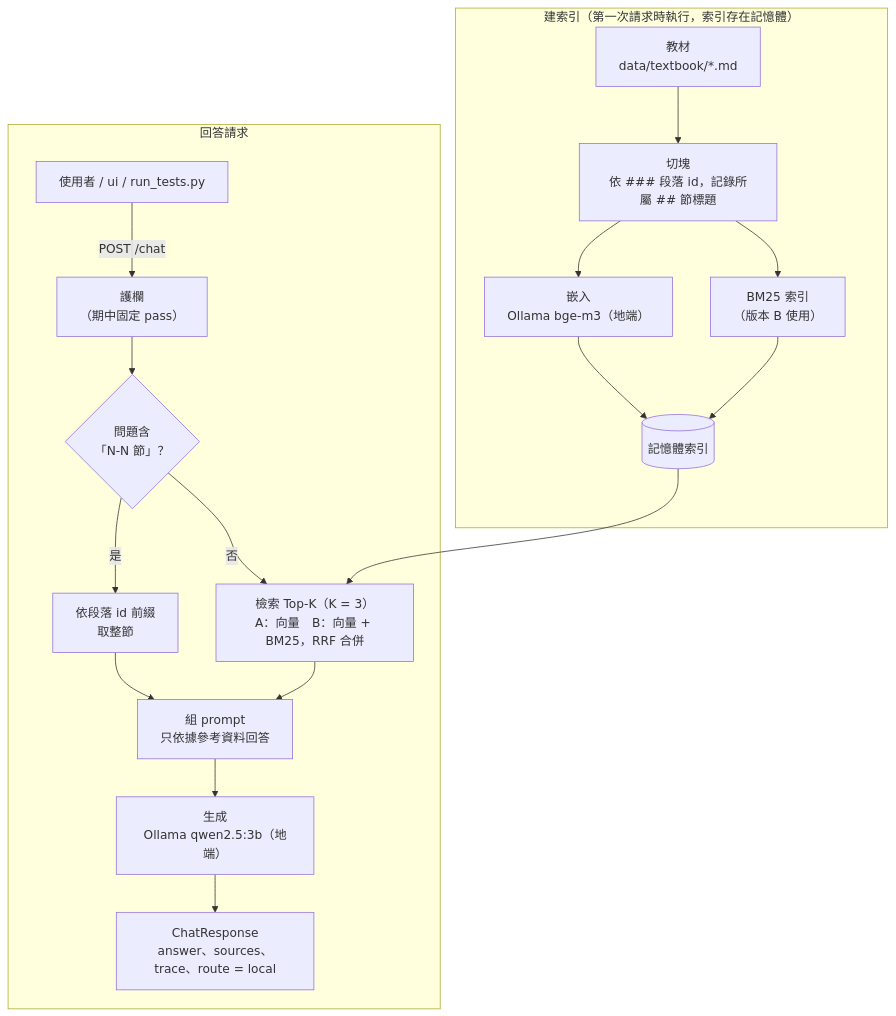
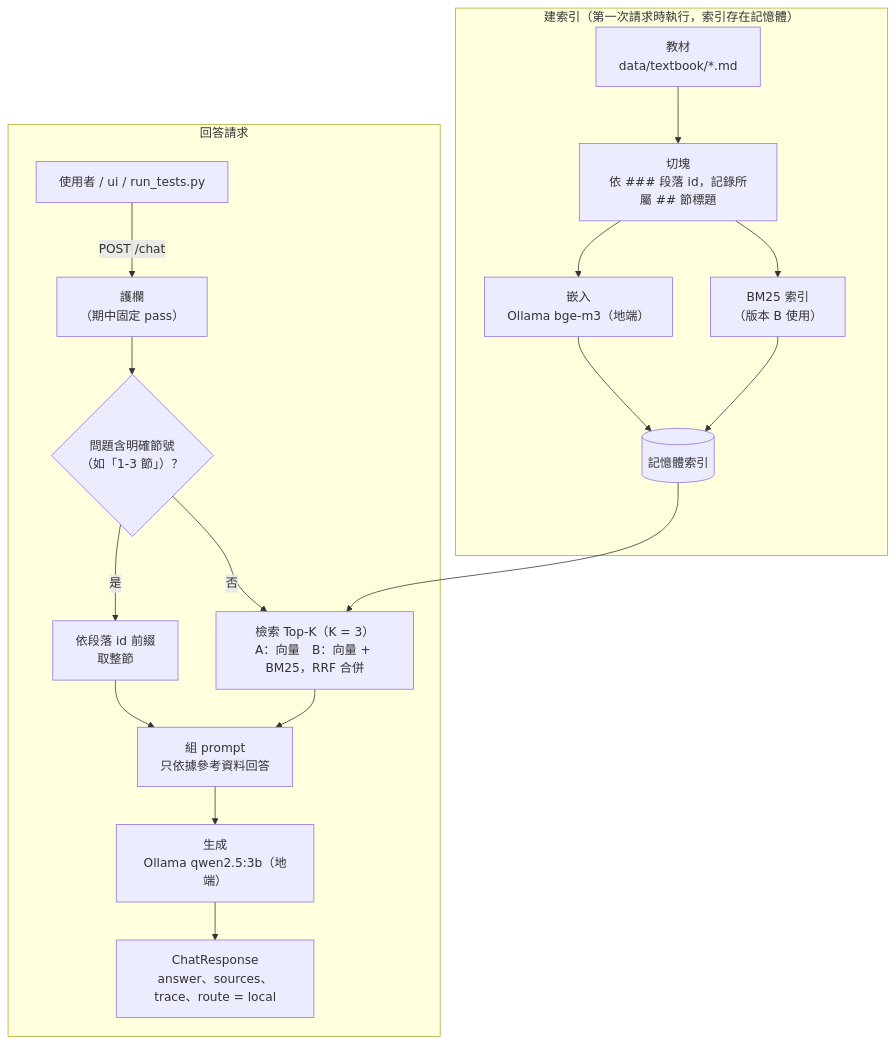
The diagram in docs/midterm-report.md (a30296053/Creative-Learning-Final-Project-teacher), drawn with Mermaid before and after one commit. The commit also changed other lines of this file and 1 other file, not shown here.

````diff
--- a/docs/midterm-report.md
+++ b/docs/midterm-report.md
@@ -11,22 +11,22 @@
 ```mermaid
 flowchart TD
     subgraph build["建索引（第一次請求時執行，索引存在記憶體）"]
         D["教材<br/>data/textbook/*.md"] --> C["切塊<br/>依 ### 段落 id，記錄所屬 ## 節標題"]
         C --> E["嵌入<br/>Ollama bge-m3（地端）"]
         C --> BM["BM25 索引<br/>（版本 B 使用）"]
         E --> IDX[("記憶體索引")]
         BM --> IDX
     end
 
     subgraph serve["回答請求"]
         U["使用者 / ui / run_tests.py"] -->|POST /chat| G["護欄<br/>（期中固定 pass）"]
-        G --> S{"問題含<br/>「N-N 節」？"}
+        G --> S{"問題含明確節號<br/>（如「1-3 節」）？"}
         S -->|是| W["依段落 id 前綴<br/>取整節"]
         S -->|否| R["檢索 Top-K（K = 3）<br/>A：向量　B：向量 + BM25，RRF 合併"]
         IDX --> R
         W --> P["組 prompt<br/>只依據參考資料回答"]
         R --> P
         P --> L["生成<br/>Ollama qwen2.5:3b（地端）"]
         L --> A["ChatResponse<br/>answer、sources、trace、route = local"]
     end
 ```
````
